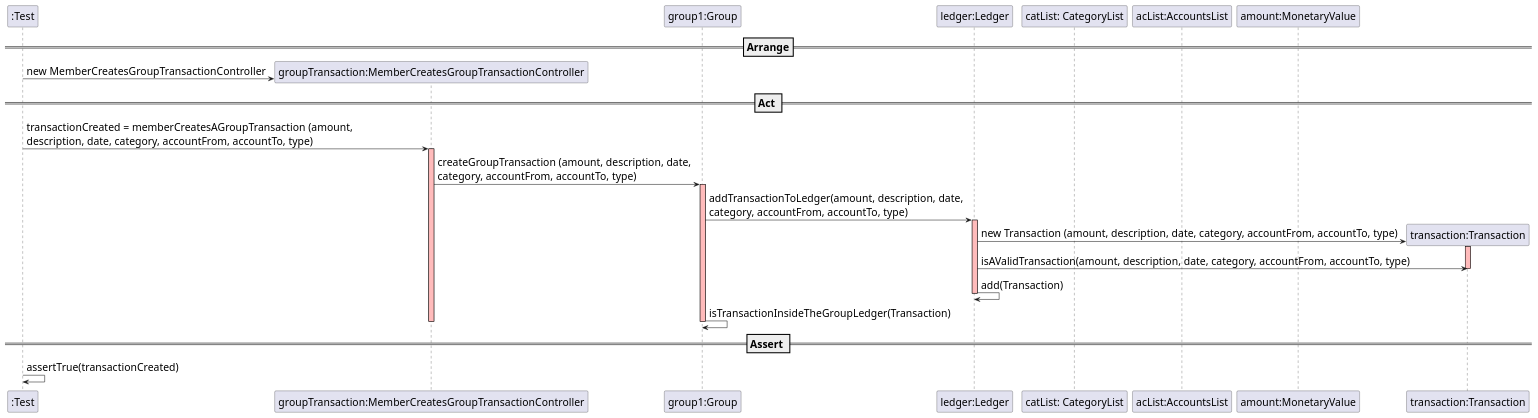
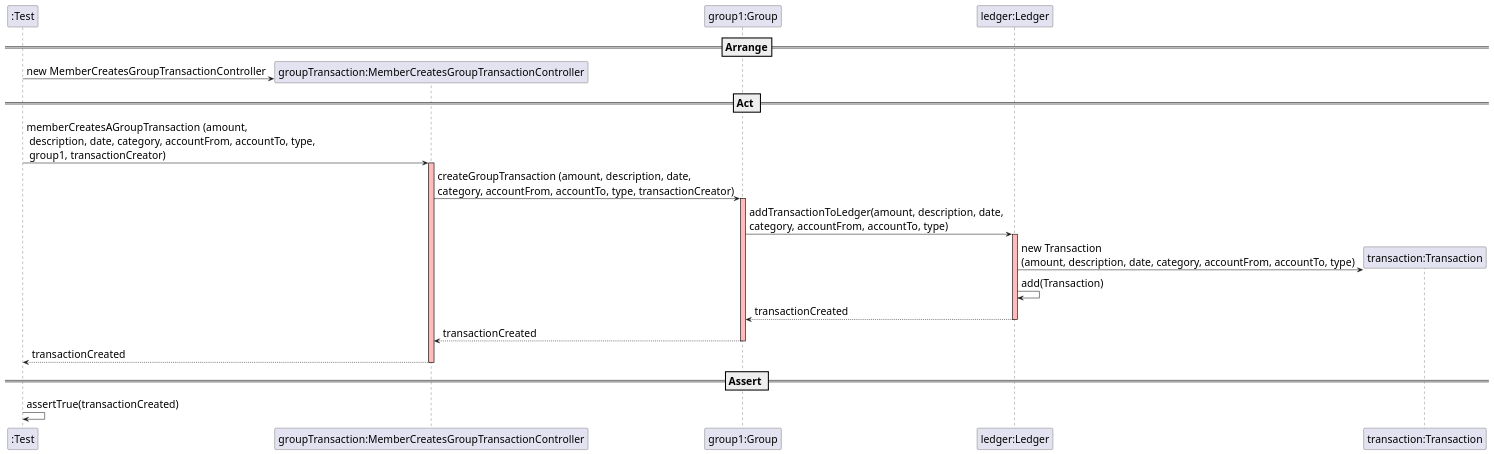
The diagram in docs/SequenceDiagram - US008.1.puml (mleitaoribeiro/DevOpsMaven), drawn with PlantUML before and after one commit.

Commit message:
fixed #546: Updated US008.1 Sequence Diagram

```diff
--- a/docs/SequenceDiagram - US008.1.puml
+++ b/docs/SequenceDiagram - US008.1.puml
@@ -1,47 +1,44 @@
 @startuml
 
 skinparam DefaultFontSize 20
 
 create ":Test"
 
 ==Arrange==
 create "groupTransaction:MemberCreatesGroupTransactionController"
 ":Test" -> "groupTransaction:MemberCreatesGroupTransactionController" : new MemberCreatesGroupTransactionController
 
 participant "group1:Group"
 participant "ledger:Ledger"
-participant "catList: CategoryList"
-participant "acList:AccountsList"
-participant "amount:MonetaryValue"
 
 == Act ==
 
-":Test" -> "groupTransaction:MemberCreatesGroupTransactionController" : transactionCreated = memberCreatesAGroupTransaction (amount, \ndescription, date, category, accountFrom, accountTo, type)
+":Test" -> "groupTransaction:MemberCreatesGroupTransactionController" : memberCreatesAGroupTransaction (amount, \n description, date, category, accountFrom, accountTo, type,\n group1, transactionCreator)
 activate "groupTransaction:MemberCreatesGroupTransactionController"  #FFBBBB
 
-"groupTransaction:MemberCreatesGroupTransactionController" -> "group1:Group" : createGroupTransaction (amount, description, date, \ncategory, accountFrom, accountTo, type)
+"groupTransaction:MemberCreatesGroupTransactionController" -> "group1:Group" : createGroupTransaction (amount, description, date, \ncategory, accountFrom, accountTo, type, transactionCreator)
 activate "group1:Group"  #FFBBBB
 
 "group1:Group" -> "ledger:Ledger" : addTransactionToLedger(amount, description, date, \ncategory, accountFrom, accountTo, type)
 activate "ledger:Ledger"  #FFBBBB
 
 create "transaction:Transaction"
-"ledger:Ledger" -> "transaction:Transaction" : new Transaction (amount, description, date, category, accountFrom, accountTo, type)
-activate "transaction:Transaction"  #FFBBBB
-
-"ledger:Ledger" -> "transaction:Transaction" : isAValidTransaction(amount, description, date, category, accountFrom, accountTo, type)
-deactivate "transaction:Transaction"  #FFBBBB
+"ledger:Ledger" -> "transaction:Transaction" : new Transaction\n(amount, description, date, category, accountFrom, accountTo, type)
 
 "ledger:Ledger" -> "ledger:Ledger": add(Transaction)
+
+
+"ledger:Ledger" --> "group1:Group" : transactionCreated
 deactivate "ledger:Ledger"  #FFBBBB
+"group1:Group" --> "groupTransaction:MemberCreatesGroupTransactionController" : transactionCreated
+deactivate "group1:Group"  #FFBBBB
+"groupTransaction:MemberCreatesGroupTransactionController" --> ":Test" : transactionCreated
 
-"group1:Group" -> "group1:Group" : isTransactionInsideTheGroupLedger(Transaction)
 
-deactivate "group1:Group"  #FFBBBB
 deactivate "groupTransaction:MemberCreatesGroupTransactionController" #FFBBBB
 
 == Assert ==
 
 ":Test" -> ":Test" : assertTrue(transactionCreated)
 
 @enduml
```
